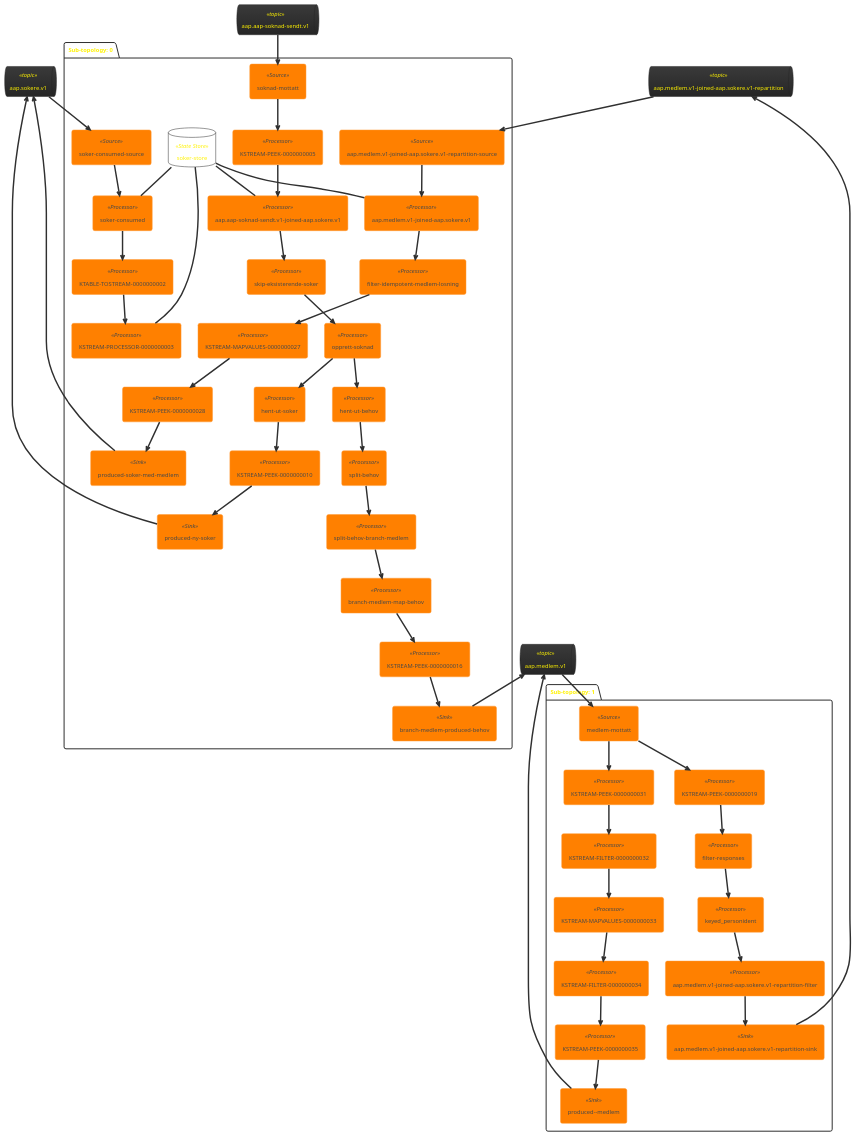
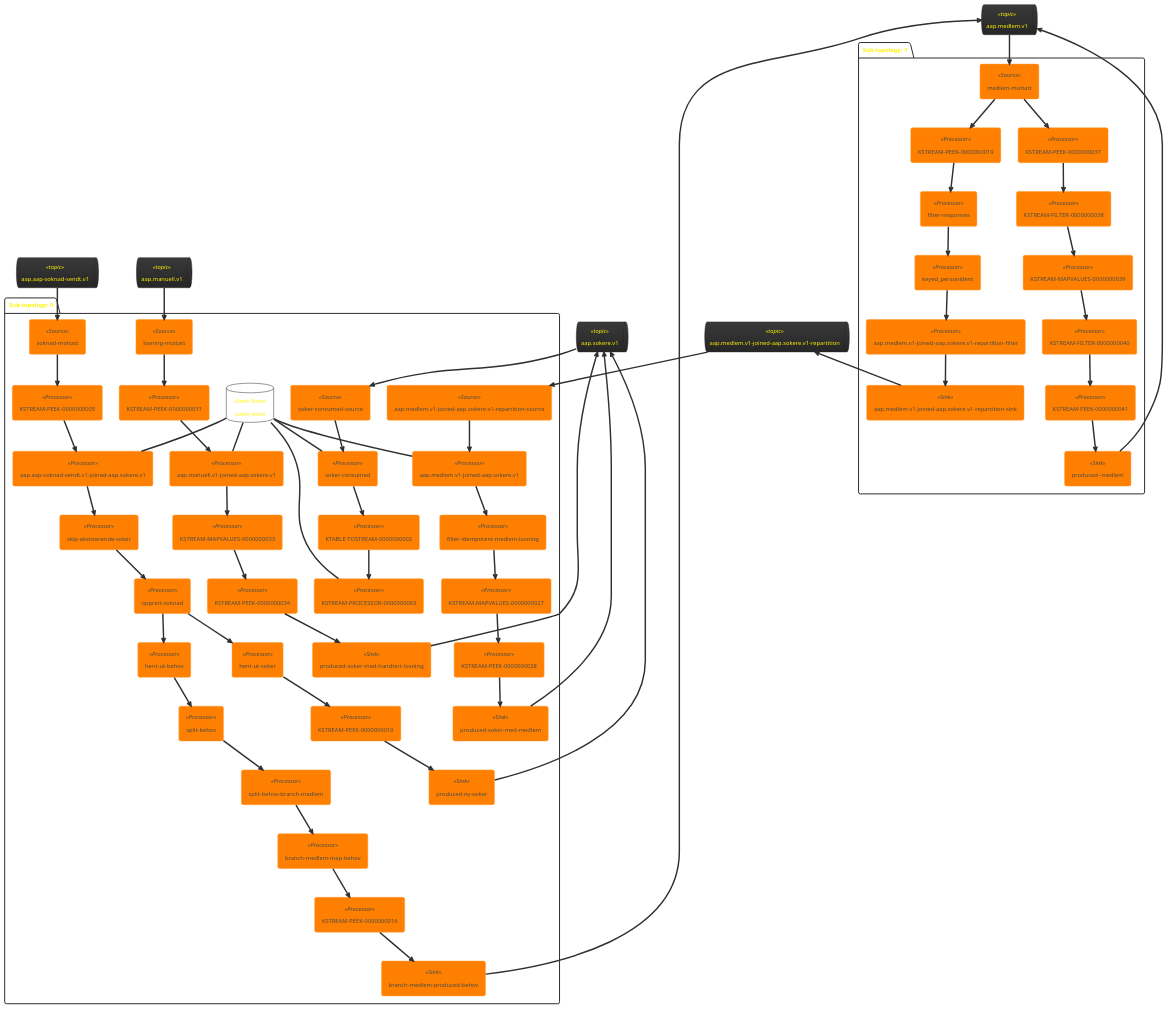
Before and after one commit to navikt/aap-vedtak: the diagram in doc/topology.puml, drawn with PlantUML. The commit also changed 16 other files, not shown here.

```diff
--- a/doc/topology.puml
+++ b/doc/topology.puml
@@ -1,93 +1,108 @@
 @startuml
 !theme black-knight
 queue "aap.medlem.v1" <<topic>> as aap_medlem_v1
 queue "aap.sokere.v1" <<topic>> as aap_sokere_v1
 queue "aap.aap-soknad-sendt.v1" <<topic>> as aap_aap_soknad_sendt_v1
 queue "aap.medlem.v1-joined-aap.sokere.v1-repartition" <<topic>> as aap_medlem_v1_joined_aap_sokere_v1_repartition
+queue "aap.manuell.v1" <<topic>> as aap_manuell_v1
 package "Sub-topology: 0" {
 	database "soker-store" <<State Store>> as soker_store
 	agent "soknad-mottatt" <<Source>> as soknad_mottatt
 	agent "KSTREAM-PEEK-0000000005" <<Processor>> as KSTREAM_PEEK_0000000005
 	agent "aap.aap-soknad-sendt.v1-joined-aap.sokere.v1" <<Processor>> as aap_aap_soknad_sendt_v1_joined_aap_sokere_v1
 	agent "skip-eksisterende-soker" <<Processor>> as skip_eksisterende_soker
 	agent "opprett-soknad" <<Processor>> as opprett_soknad
 	agent "aap.medlem.v1-joined-aap.sokere.v1-repartition-source" <<Source>> as aap_medlem_v1_joined_aap_sokere_v1_repartition_source
 	agent "hent-ut-behov" <<Processor>> as hent_ut_behov
+	agent "losning-mottatt" <<Source>> as losning_mottatt
+	agent "KSTREAM-PEEK-0000000031" <<Processor>> as KSTREAM_PEEK_0000000031
 	agent "aap.medlem.v1-joined-aap.sokere.v1" <<Processor>> as aap_medlem_v1_joined_aap_sokere_v1
 	agent "split-behov" <<Processor>> as split_behov
+	agent "aap.manuell.v1-joined-aap.sokere.v1" <<Processor>> as aap_manuell_v1_joined_aap_sokere_v1
 	agent "filter-idempotent-medlem-losning" <<Processor>> as filter_idempotent_medlem_losning
 	agent "soker-consumed-source" <<Source>> as soker_consumed_source
 	agent "split-behov-branch-medlem" <<Processor>> as split_behov_branch_medlem
 	agent "KSTREAM-MAPVALUES-0000000027" <<Processor>> as KSTREAM_MAPVALUES_0000000027
+	agent "KSTREAM-MAPVALUES-0000000033" <<Processor>> as KSTREAM_MAPVALUES_0000000033
 	agent "branch-medlem-map-behov" <<Processor>> as branch_medlem_map_behov
 	agent "hent-ut-soker" <<Processor>> as hent_ut_soker
 	agent "soker-consumed" <<Processor>> as soker_consumed
 	agent "KSTREAM-PEEK-0000000010" <<Processor>> as KSTREAM_PEEK_0000000010
 	agent "KSTREAM-PEEK-0000000016" <<Processor>> as KSTREAM_PEEK_0000000016
 	agent "KSTREAM-PEEK-0000000028" <<Processor>> as KSTREAM_PEEK_0000000028
+	agent "KSTREAM-PEEK-0000000034" <<Processor>> as KSTREAM_PEEK_0000000034
 	agent "KTABLE-TOSTREAM-0000000002" <<Processor>> as KTABLE_TOSTREAM_0000000002
 	agent "KSTREAM-PROCESSOR-0000000003" <<Processor>> as KSTREAM_PROCESSOR_0000000003
 	agent "branch-medlem-produced-behov" <<Sink>> as branch_medlem_produced_behov
 	agent "produced-ny-soker" <<Sink>> as produced_ny_soker
+	agent "produced-soker-med-handtert-losning" <<Sink>> as produced_soker_med_handtert_losning
 	agent "produced-soker-med-medlem" <<Sink>> as produced_soker_med_medlem
 	aap_aap_soknad_sendt_v1 --> soknad_mottatt
 	soker_store -- aap_aap_soknad_sendt_v1_joined_aap_sokere_v1
 	aap_medlem_v1_joined_aap_sokere_v1_repartition --> aap_medlem_v1_joined_aap_sokere_v1_repartition_source
+	aap_manuell_v1 --> losning_mottatt
 	soker_store -- aap_medlem_v1_joined_aap_sokere_v1
+	soker_store -- aap_manuell_v1_joined_aap_sokere_v1
 	aap_sokere_v1 --> soker_consumed_source
 	soker_store -- soker_consumed
 	soker_store -- KSTREAM_PROCESSOR_0000000003
 	aap_medlem_v1 <-- branch_medlem_produced_behov
 	aap_sokere_v1 <-- produced_ny_soker
+	aap_sokere_v1 <-- produced_soker_med_handtert_losning
 	aap_sokere_v1 <-- produced_soker_med_medlem
 	soknad_mottatt --> KSTREAM_PEEK_0000000005
 	KSTREAM_PEEK_0000000005 --> aap_aap_soknad_sendt_v1_joined_aap_sokere_v1
 	aap_aap_soknad_sendt_v1_joined_aap_sokere_v1 --> skip_eksisterende_soker
 	skip_eksisterende_soker --> opprett_soknad
 	opprett_soknad --> hent_ut_behov
 	opprett_soknad --> hent_ut_soker
 	aap_medlem_v1_joined_aap_sokere_v1_repartition_source --> aap_medlem_v1_joined_aap_sokere_v1
 	hent_ut_behov --> split_behov
+	losning_mottatt --> KSTREAM_PEEK_0000000031
+	KSTREAM_PEEK_0000000031 --> aap_manuell_v1_joined_aap_sokere_v1
 	aap_medlem_v1_joined_aap_sokere_v1 --> filter_idempotent_medlem_losning
 	split_behov --> split_behov_branch_medlem
+	aap_manuell_v1_joined_aap_sokere_v1 --> KSTREAM_MAPVALUES_0000000033
 	filter_idempotent_medlem_losning --> KSTREAM_MAPVALUES_0000000027
 	soker_consumed_source --> soker_consumed
 	split_behov_branch_medlem --> branch_medlem_map_behov
 	KSTREAM_MAPVALUES_0000000027 --> KSTREAM_PEEK_0000000028
+	KSTREAM_MAPVALUES_0000000033 --> KSTREAM_PEEK_0000000034
 	branch_medlem_map_behov --> KSTREAM_PEEK_0000000016
 	hent_ut_soker --> KSTREAM_PEEK_0000000010
 	soker_consumed --> KTABLE_TOSTREAM_0000000002
 	KSTREAM_PEEK_0000000010 --> produced_ny_soker
 	KSTREAM_PEEK_0000000016 --> branch_medlem_produced_behov
 	KSTREAM_PEEK_0000000028 --> produced_soker_med_medlem
+	KSTREAM_PEEK_0000000034 --> produced_soker_med_handtert_losning
 	KTABLE_TOSTREAM_0000000002 --> KSTREAM_PROCESSOR_0000000003
 }
 package "Sub-topology: 1" {
 	agent "medlem-mottatt" <<Source>> as medlem_mottatt
-	agent "KSTREAM-PEEK-0000000031" <<Processor>> as KSTREAM_PEEK_0000000031
-	agent "KSTREAM-FILTER-0000000032" <<Processor>> as KSTREAM_FILTER_0000000032
+	agent "KSTREAM-PEEK-0000000037" <<Processor>> as KSTREAM_PEEK_0000000037
+	agent "KSTREAM-FILTER-0000000038" <<Processor>> as KSTREAM_FILTER_0000000038
 	agent "KSTREAM-PEEK-0000000019" <<Processor>> as KSTREAM_PEEK_0000000019
-	agent "KSTREAM-MAPVALUES-0000000033" <<Processor>> as KSTREAM_MAPVALUES_0000000033
+	agent "KSTREAM-MAPVALUES-0000000039" <<Processor>> as KSTREAM_MAPVALUES_0000000039
 	agent "filter-responses" <<Processor>> as filter_responses
-	agent "KSTREAM-FILTER-0000000034" <<Processor>> as KSTREAM_FILTER_0000000034
+	agent "KSTREAM-FILTER-0000000040" <<Processor>> as KSTREAM_FILTER_0000000040
 	agent "keyed_personident" <<Processor>> as keyed_personident
-	agent "KSTREAM-PEEK-0000000035" <<Processor>> as KSTREAM_PEEK_0000000035
+	agent "KSTREAM-PEEK-0000000041" <<Processor>> as KSTREAM_PEEK_0000000041
 	agent "aap.medlem.v1-joined-aap.sokere.v1-repartition-filter" <<Processor>> as aap_medlem_v1_joined_aap_sokere_v1_repartition_filter
 	agent "aap.medlem.v1-joined-aap.sokere.v1-repartition-sink" <<Sink>> as aap_medlem_v1_joined_aap_sokere_v1_repartition_sink
 	agent "produced--medlem" <<Sink>> as produced__medlem
 	aap_medlem_v1 --> medlem_mottatt
 	aap_medlem_v1_joined_aap_sokere_v1_repartition <-- aap_medlem_v1_joined_aap_sokere_v1_repartition_sink
 	aap_medlem_v1 <-- produced__medlem
-	medlem_mottatt --> KSTREAM_PEEK_0000000031
+	medlem_mottatt --> KSTREAM_PEEK_0000000037
 	medlem_mottatt --> KSTREAM_PEEK_0000000019
-	KSTREAM_PEEK_0000000031 --> KSTREAM_FILTER_0000000032
-	KSTREAM_FILTER_0000000032 --> KSTREAM_MAPVALUES_0000000033
+	KSTREAM_PEEK_0000000037 --> KSTREAM_FILTER_0000000038
+	KSTREAM_FILTER_0000000038 --> KSTREAM_MAPVALUES_0000000039
 	KSTREAM_PEEK_0000000019 --> filter_responses
-	KSTREAM_MAPVALUES_0000000033 --> KSTREAM_FILTER_0000000034
+	KSTREAM_MAPVALUES_0000000039 --> KSTREAM_FILTER_0000000040
 	filter_responses --> keyed_personident
-	KSTREAM_FILTER_0000000034 --> KSTREAM_PEEK_0000000035
+	KSTREAM_FILTER_0000000040 --> KSTREAM_PEEK_0000000041
 	keyed_personident --> aap_medlem_v1_joined_aap_sokere_v1_repartition_filter
-	KSTREAM_PEEK_0000000035 --> produced__medlem
+	KSTREAM_PEEK_0000000041 --> produced__medlem
 	aap_medlem_v1_joined_aap_sokere_v1_repartition_filter --> aap_medlem_v1_joined_aap_sokere_v1_repartition_sink
 }
 @enduml
```
